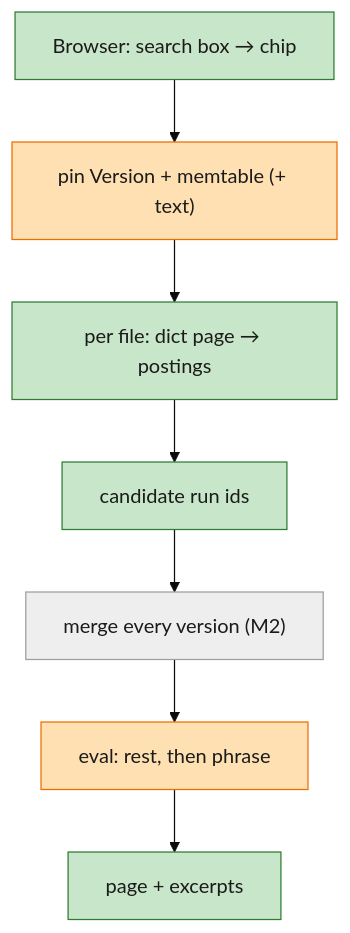
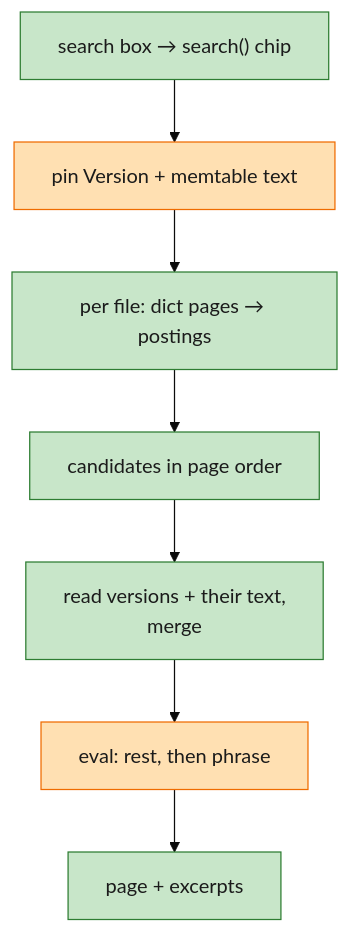
One commit to liukai/smithling changed the fourth of 11 diagrams in specs/003-m3-search-aggregates-speed/starter-guide.md. Above: the diagram before and after it, drawn with Mermaid (base theme). The commit also changed other lines of this file, not shown here.

````diff
--- a/specs/003-m3-search-aggregates-speed/starter-guide.md
+++ b/specs/003-m3-search-aggregates-speed/starter-guide.md
@@ -98,14 +103,14 @@
 ```mermaid
 flowchart TB
-    A["Browser: search box → chip"]:::new
-    B["pin Version + memtable (+ text)"]:::revised
-    C["per file: dict page → postings"]:::new
-    D["candidate run ids"]:::new
-    E["merge every version (M2)"]:::old
+    A["search box → search() chip"]:::new
+    B["pin Version + memtable text"]:::revised
+    C["per file: dict pages → postings"]:::new
+    D["candidates in page order"]:::new
+    E["read versions + their text,<br/>merge"]:::new
     F["eval: rest, then phrase"]:::revised
     G["page + excerpts"]:::new
     A --> B --> C --> D --> E --> F --> G
     classDef new fill:#c8e6c9,stroke:#2e7d32,color:#1b1b1b
     classDef revised fill:#ffe0b2,stroke:#ef6c00,color:#1b1b1b
     classDef old fill:#eeeeee,stroke:#9e9e9e,color:#1b1b1b
 ```
````
